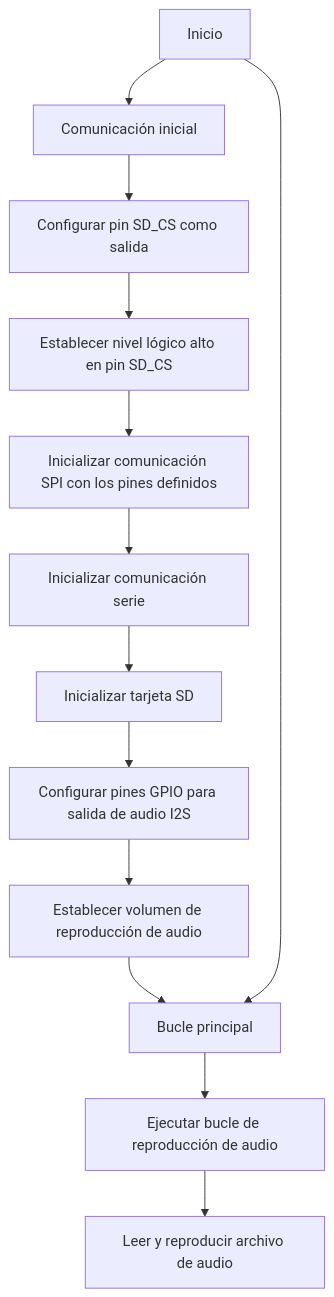
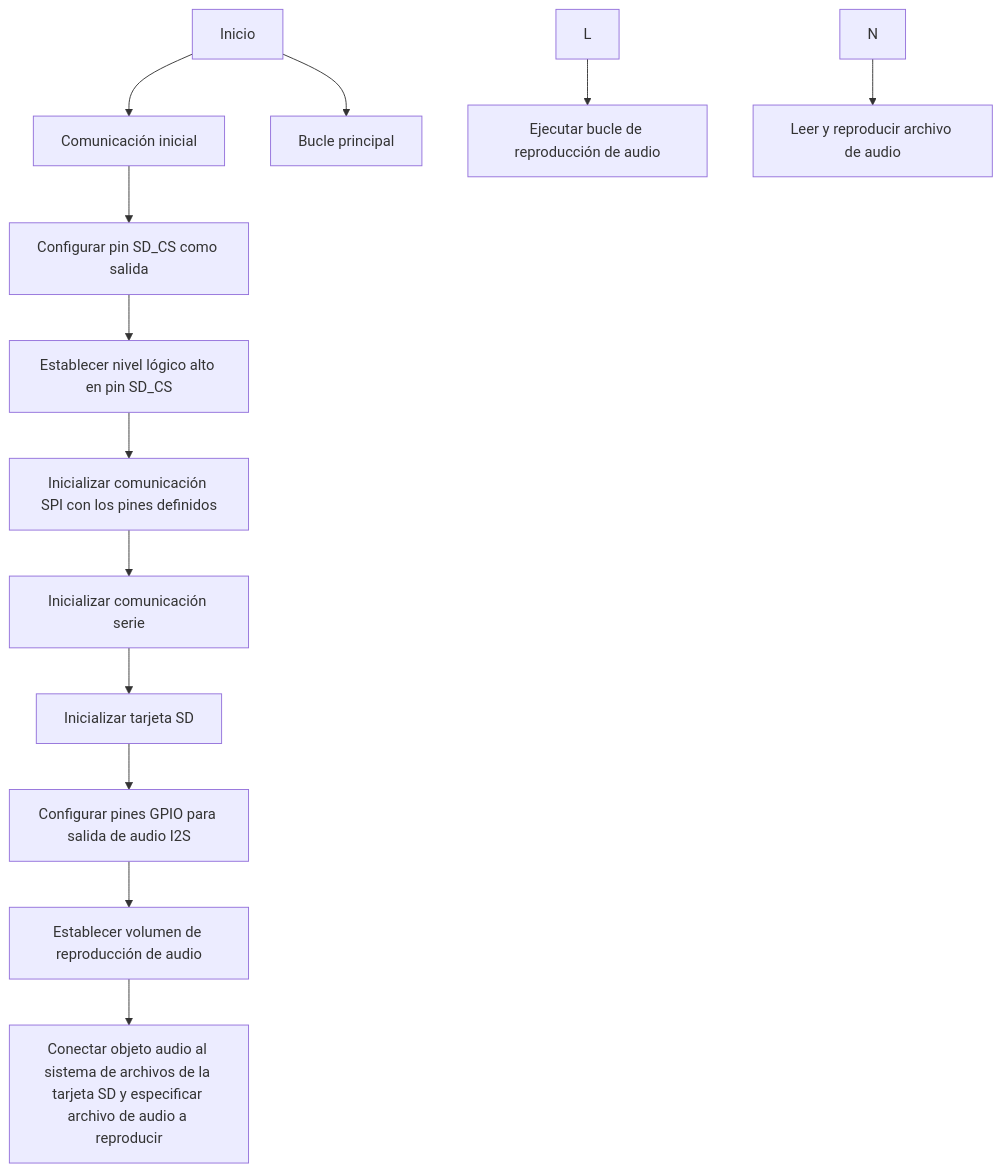
One commit to Yagouch/ProcesadoresDigitales changed the second of 2 diagrams in README.md. Above: the diagram before and after it, drawn with Mermaid.

````diff
--- a/README.md
+++ b/README.md
@@ -126,17 +126,17 @@
 ```mermaid
 flowchart TD;
     A[Inicio] --> B[Comunicación inicial];
     B --> C[Configurar pin SD_CS como salida];
     C --> D[Establecer nivel lógico alto en pin SD_CS];
     D --> E[Inicializar comunicación SPI con los pines definidos];
     E --> F[Inicializar comunicación serie];
     F --> G[Inicializar tarjeta SD];
     G --> H[Configurar pines GPIO para salida de audio I2S];
     H --> I[Establecer volumen de reproducción de audio];
     I --> J[Conectar objeto audio al sistema de archivos de la tarjeta SD y especificar archivo de audio a reproducir];
     
-    A --> J[Bucle principal];
-    J --> K[Ejecutar bucle de reproducción de audio ];
-    K --> L[Leer y reproducir archivo de audio];
+    A --> K[Bucle principal];
+    L--> M[Ejecutar bucle de reproducción de audio ];
+    N --> O[Leer y reproducir archivo de audio];
   
 ```
````
